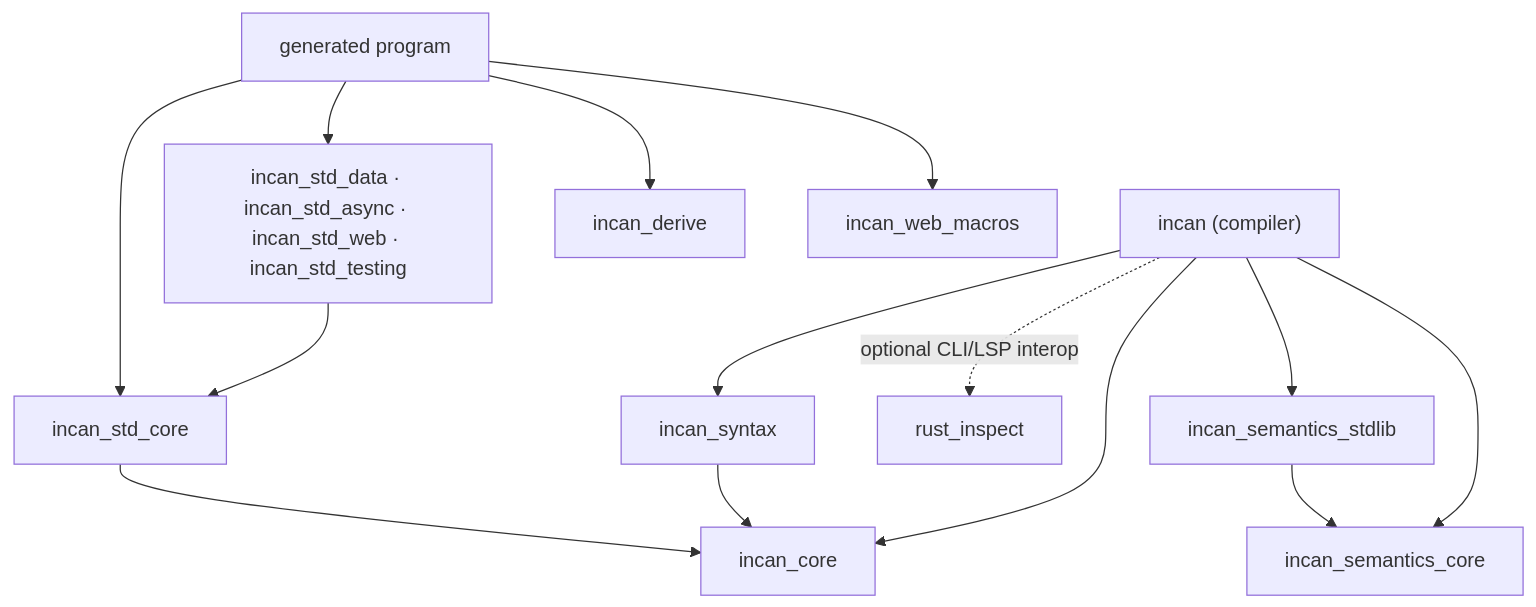
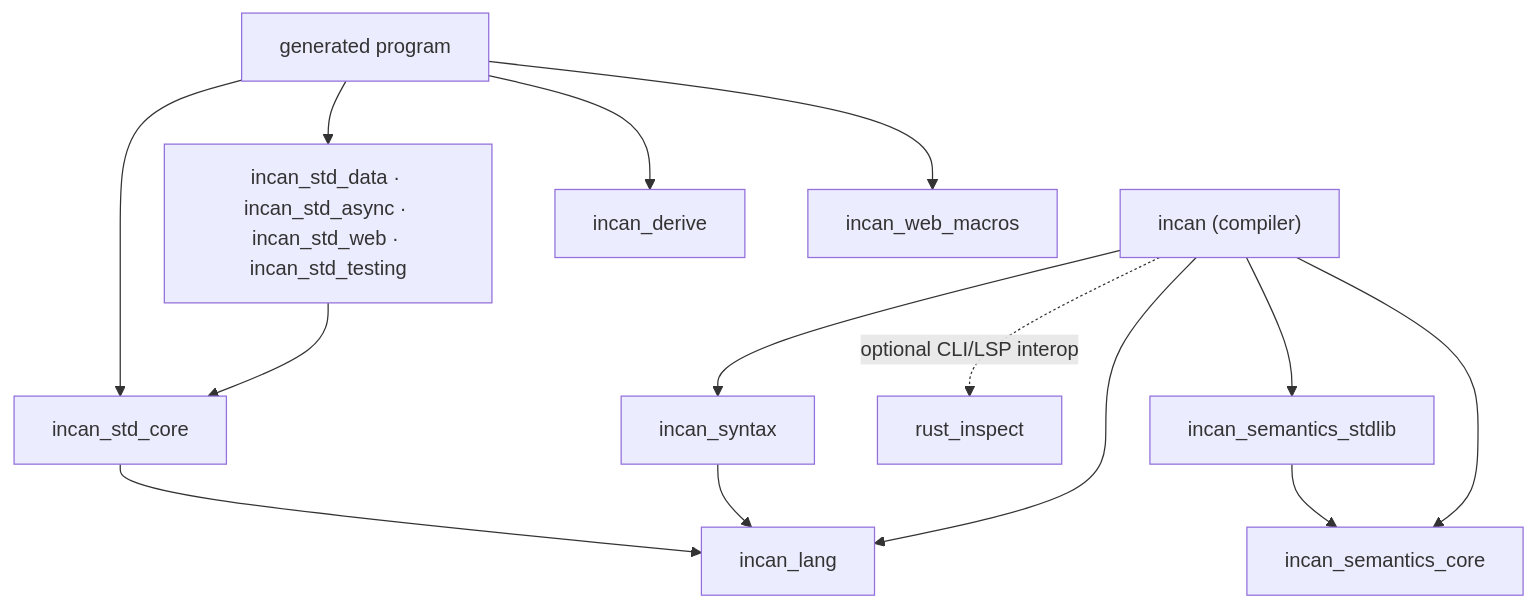
Before and after one commit to encero-systems/incan: the diagram in workspaces/docs-site/docs/contributing/explanation/layering.md, drawn with Mermaid. The commit also changed other lines of this file and 356 other files, not shown here.

Commit message:
chore - 1482 incan_core is incan_lang, so that core names the mandatory stdlib component and nothing else

````diff
--- a/workspaces/docs-site/docs/contributing/explanation/layering.md
+++ b/workspaces/docs-site/docs/contributing/explanation/layering.md
@@ -11,16 +11,16 @@
 ```mermaid
 flowchart TD
-  incanCompiler["incan (compiler)"] --> incanCore["incan_core"]
+  incanCompiler["incan (compiler)"] --> incanLang["incan_lang"]
   incanCompiler --> incanSyntax["incan_syntax"]
   incanCompiler --> semanticsCore["incan_semantics_core"]
   incanCompiler --> semanticsStdlib["incan_semantics_stdlib"]
   incanCompiler -. optional CLI/LSP interop .-> rustInspect["rust_inspect"]
-  incanSyntax --> incanCore
+  incanSyntax --> incanLang
   semanticsStdlib --> semanticsCore
-  stdCore["incan_std_core"] --> incanCore
+  stdCore["incan_std_core"] --> incanLang
   stdFacets["incan_std_data · incan_std_async · incan_std_web · incan_std_testing"] --> stdCore
   generatedProgram["generated program"] --> stdCore
   generatedProgram --> stdFacets
   generatedProgram --> incanDerive["incan_derive"]
   generatedProgram --> incanWebMacros["incan_web_macros"]
 ```
````
